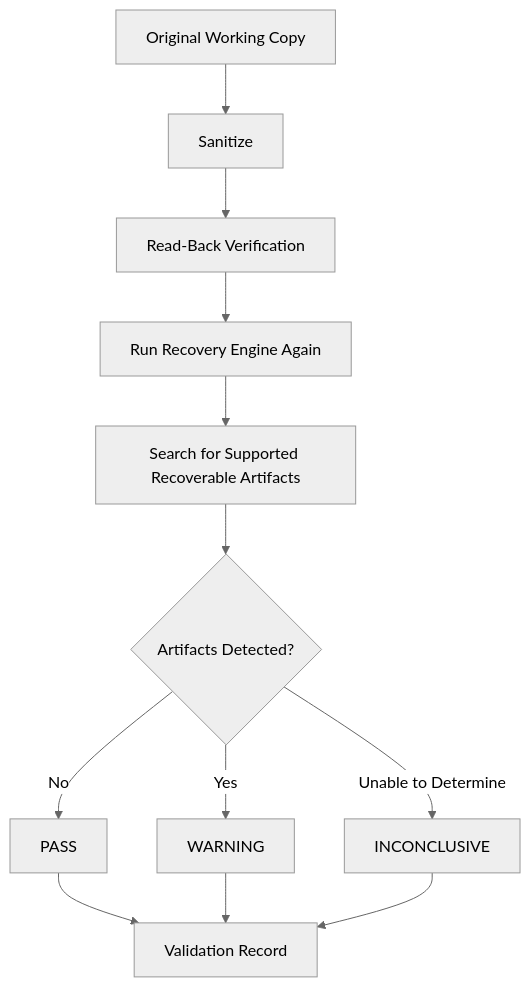
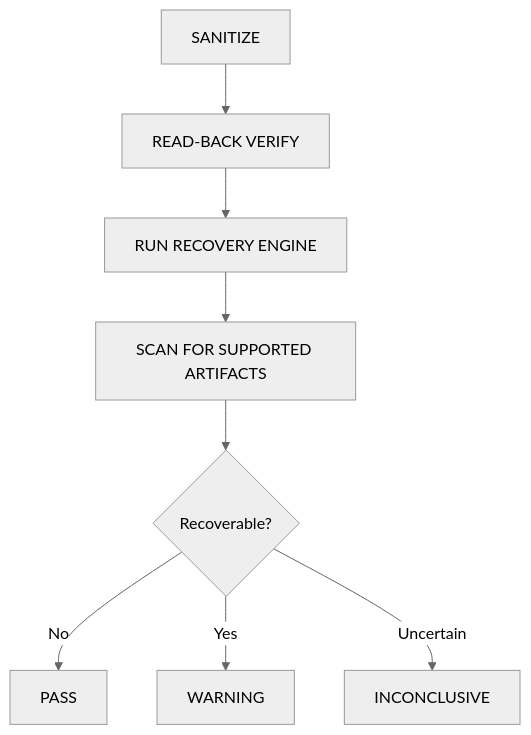
Before and after one commit to Yemireddy-Pragnavi/Re-Trace: the fifth of 7 diagrams in README.md, drawn with Mermaid (neutral theme). The commit also changed other lines of this file, not shown here.

````diff
--- a/README.md
+++ b/README.md
@@ -608,28 +297,16 @@
 ```mermaid
 flowchart TD
 
-    BEFORE["Original Working Copy"]
-        --> SANITIZE["Sanitize"]
+    ERASE["SANITIZE"]
+      --> VERIFY["READ-BACK VERIFY"]
 
-    SANITIZE
-        --> READBACK["Read-Back Verification"]
+    VERIFY --> RECOVER["RUN RECOVERY ENGINE"]
 
-    READBACK
-        --> RECOVERY["Run Recovery Engine Again"]
+    RECOVER --> SCAN["SCAN FOR SUPPORTED ARTIFACTS"]
 
-    RECOVERY
-        --> SCAN["Search for Supported Recoverable Artifacts"]
+    SCAN --> CHECK{"Recoverable?"}
 
-    SCAN
-        --> DECISION{"Artifacts Detected?"}
-
-    DECISION -- "No" --> PASS["PASS"]
-
-    DECISION -- "Yes" --> WARNING["WARNING"]
-
-    DECISION -- "Unable to Determine" --> INCONCLUSIVE["INCONCLUSIVE"]
-
-    PASS --> RECORD["Validation Record"]
-    WARNING --> RECORD
-    INCONCLUSIVE --> RECORD
+    CHECK -- "No" --> PASS["PASS"]
+    CHECK -- "Yes" --> WARNING["WARNING"]
+    CHECK -- "Uncertain" --> INC["INCONCLUSIVE"]
 ```
````
